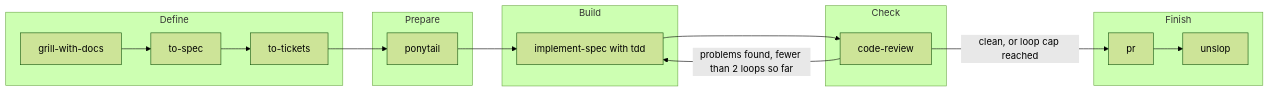
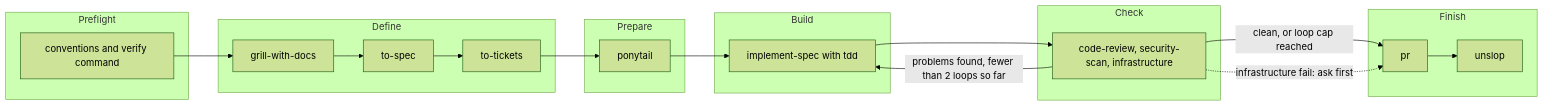
The diagram in README.md (TDSchreur/tds-factory), drawn with Mermaid (forest theme) before and after one commit. The commit also changed other lines of this file and 7 other files, not shown here.

First line of the commit message:
Read project conventions and add an Infrastructure axis to Check (#45)

````diff
--- a/README.md
+++ b/README.md
@@ -11,22 +11,27 @@
 ```mermaid
 flowchart LR
+    subgraph Preflight
+        P[conventions and verify command]
+    end
     subgraph Define
         A[grill-with-docs] --> B[to-spec] --> C[to-tickets]
     end
     subgraph Prepare
         D[ponytail]
     end
     subgraph Build
         E[implement-spec with tdd]
     end
     subgraph Check
-        F[code-review]
+        F[code-review, security-scan, infrastructure]
     end
     subgraph Finish
         G[pr] --> H[unslop]
     end
 
+    P --> A
     C --> D --> E --> F
     F -->|problems found, fewer than 2 loops so far| E
     F -->|clean, or loop cap reached| G
+    F -.->|infrastructure fail: ask first| G
 ```
````
